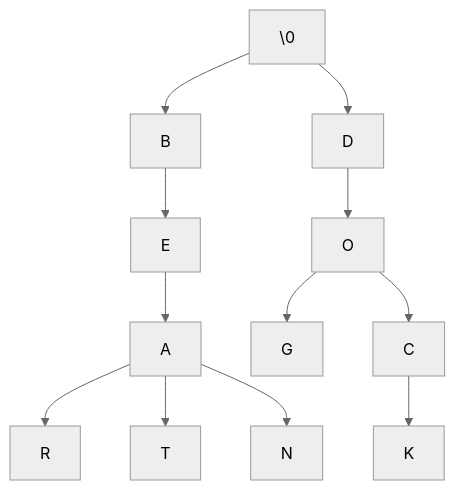
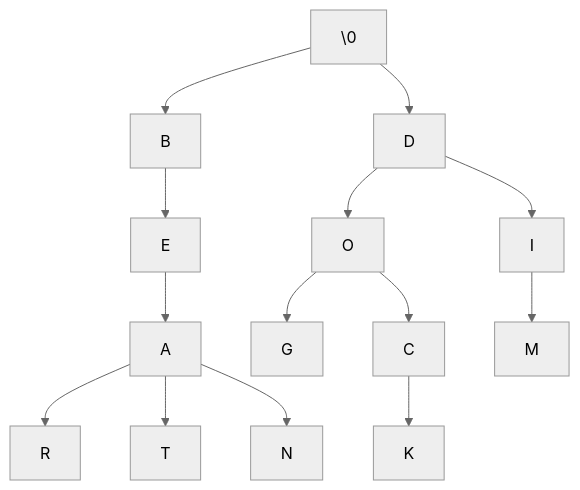
One commit to mmcnally1/arduino-projects changed the diagram in morse-code/README.md. Above: the diagram before and after it, drawn with Mermaid (neutral theme).

````diff
--- a/morse-code/README.md
+++ b/morse-code/README.md
@@ -9,14 +9,16 @@
 ```mermaid
 graph TD;
 \0 --> B
 \0 --> D
 B --> E
 E --> A
 A --> R
 A --> T
 A --> N
 D --> O
 O --> G
 O --> C
 C --> K
+D --> I
+I --> M
 ```
````
